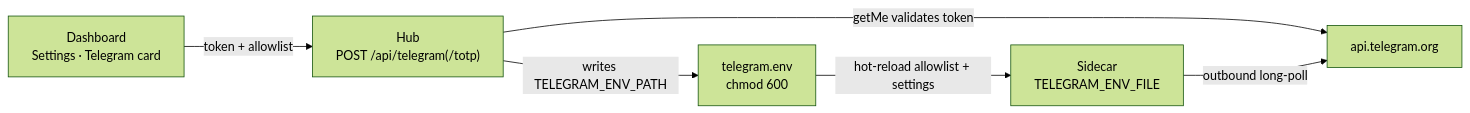
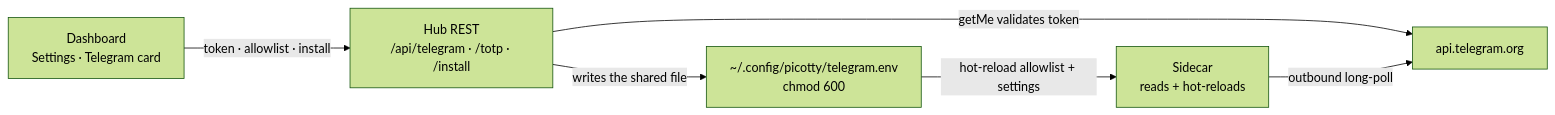
Before and after one commit to morpheuslord/PICOTTY: the diagram in docs/telegram.md, drawn with Mermaid (forest theme). The commit also changed other lines of this file and 2 other files, not shown here.

First line of the commit message:
docs(telegram): document the shared .env, the install button, and setup flow

````diff
--- a/docs/telegram.md
+++ b/docs/telegram.md
@@ -78,13 +120,13 @@
 ```mermaid
 flowchart LR
   DASH["Dashboard<br/>Settings · Telegram card"]
-  HUB["Hub<br/>POST /api/telegram(/totp)"]
-  ENV["telegram.env<br/>chmod 600"]
-  SIDE["Sidecar<br/>TELEGRAM_ENV_FILE"]
+  HUB["Hub REST<br/>/api/telegram · /totp · /install"]
+  ENV["~/.config/picotty/telegram.env<br/>chmod 600"]
+  SIDE["Sidecar<br/>reads + hot-reloads"]
   TG["api.telegram.org"]
-  DASH -->|token + allowlist| HUB
+  DASH -->|token · allowlist · install| HUB
   HUB -->|getMe validates token| TG
-  HUB -->|writes TELEGRAM_ENV_PATH| ENV
+  HUB -->|writes the shared file| ENV
   ENV -->|hot-reload allowlist + settings| SIDE
   SIDE -->|outbound long-poll| TG
 ```
````
